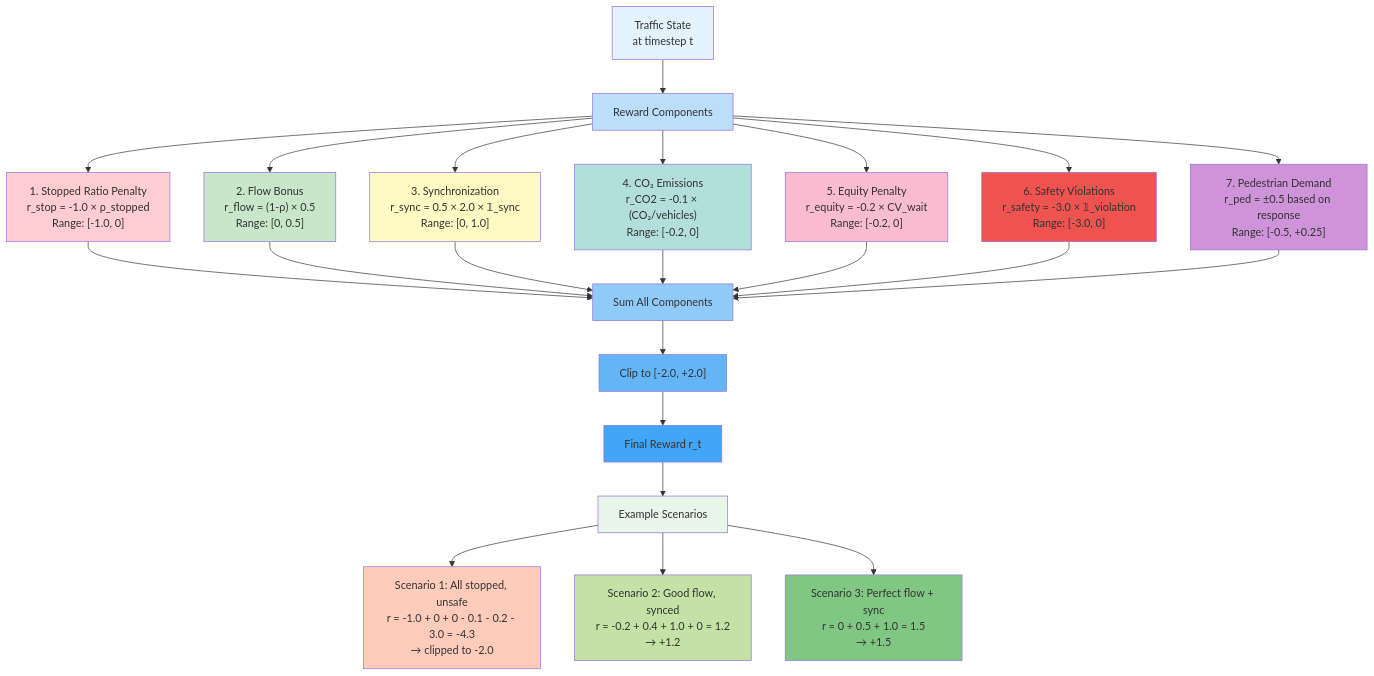
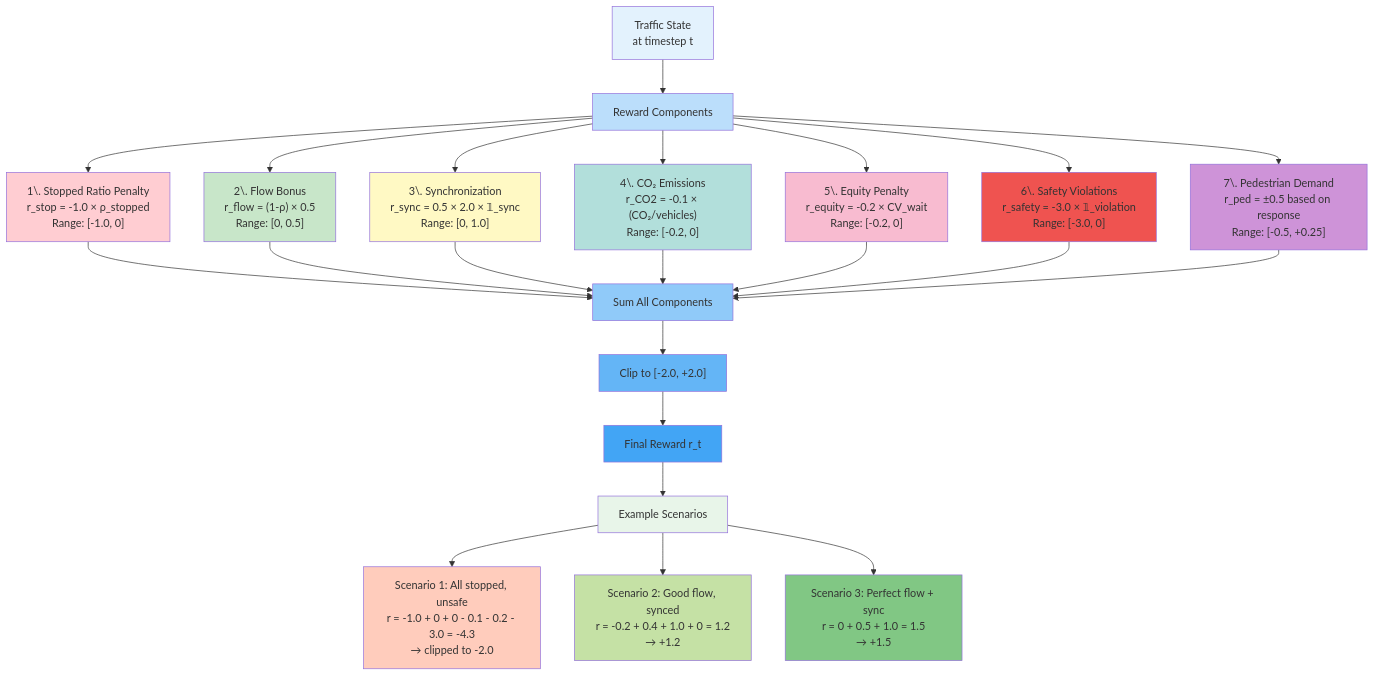
One commit to Chaklader/SignalSyncPro changed the second of 34 diagrams in notes/PAPER_1.md. Above: the diagram before and after it, drawn with Mermaid. The commit also changed other lines of this file, not shown here.

````diff
--- a/notes/PAPER_1.md
+++ b/notes/PAPER_1.md
@@ -489,46 +471,46 @@
 ```mermaid
 flowchart TB
     Start["Traffic State<br>at timestep t"] --> Components["Reward Components"]
 
-    Components --> Stop["1. Stopped Ratio Penalty<br>r_stop = -1.0 × ρ_stopped<br>Range: [-1.0, 0]"]
-    Components --> Flow["2. Flow Bonus<br>r_flow = (1-ρ) × 0.5<br>Range: [0, 0.5]"]
-    Components --> Sync["3. Synchronization<br>r_sync = 0.5 × 2.0 × 𝟙_sync<br>Range: [0, 1.0]"]
-    Components --> CO2["4. CO₂ Emissions<br>r_CO2 = -0.1 × (CO₂/vehicles)<br>Range: [-0.2, 0]"]
-    Components --> Equity["5. Equity Penalty<br>r_equity = -0.2 × CV_wait<br>Range: [-0.2, 0]"]
-    Components --> Safety["6. Safety Violations<br>r_safety = -3.0 × 𝟙_violation<br>Range: [-3.0, 0]"]
-    Components --> Ped["7. Pedestrian Demand<br>r_ped = ±0.5 based on response<br>Range: [-0.5, +0.25]"]
+    Components --> Stop["1\. Stopped Ratio Penalty<br>r_stop = -1.0 × ρ_stopped<br>Range: [-1.0, 0]"]
+    Components --> Flow["2\. Flow Bonus<br>r_flow = (1-ρ) × 0.5<br>Range: [0, 0.5]"]
+    Components --> Sync["3\. Synchronization<br>r_sync = 0.5 × 2.0 × 𝟙_sync<br>Range: [0, 1.0]"]
+    Components --> CO2["4\. CO₂ Emissions<br>r_CO2 = -0.1 × (CO₂/vehicles)<br>Range: [-0.2, 0]"]
+    Components --> Equity["5\. Equity Penalty<br>r_equity = -0.2 × CV_wait<br>Range: [-0.2, 0]"]
+    Components --> Safety["6\. Safety Violations<br>r_safety = -3.0 × 𝟙_violation<br>Range: [-3.0, 0]"]
+    Components --> Ped["7\. Pedestrian Demand<br>r_ped = ±0.5 based on response<br>Range: [-0.5, +0.25]"]
 
     Stop --> Sum["Sum All Components"]
     Flow --> Sum
     Sync --> Sum
     CO2 --> Sum
     Equity --> Sum
     Safety --> Sum
     Ped --> Sum
 
     Sum --> Clip["Clip to [-2.0, +2.0]"]
     Clip --> Final["Final Reward r_t"]
 
     Final --> Examples["Example Scenarios"]
 
     Examples --> Ex1["Scenario 1: All stopped, unsafe<br>r = -1.0 + 0 + 0 - 0.1 - 0.2 - 3.0 = -4.3<br>→ clipped to -2.0"]
     Examples --> Ex2["Scenario 2: Good flow, synced<br>r = -0.2 + 0.4 + 1.0 + 0 = 1.2<br>→ +1.2"]
     Examples --> Ex3["Scenario 3: Perfect flow + sync<br>r = 0 + 0.5 + 1.0 = 1.5<br>→ +1.5"]
 
     style Start fill:#E3F2FD
     style Components fill:#BBDEFB
     style Stop fill:#FFCDD2
     style Flow fill:#C8E6C9
     style Sync fill:#FFF9C4
     style CO2 fill:#B2DFDB
     style Equity fill:#F8BBD0
     style Safety fill:#EF5350
     style Ped fill:#CE93D8
     style Sum fill:#90CAF9
     style Clip fill:#64B5F6
     style Final fill:#42A5F5
     style Examples fill:#E8F5E9
     style Ex1 fill:#FFCCBC
     style Ex2 fill:#C5E1A5
     style Ex3 fill:#81C784
 ```
````
